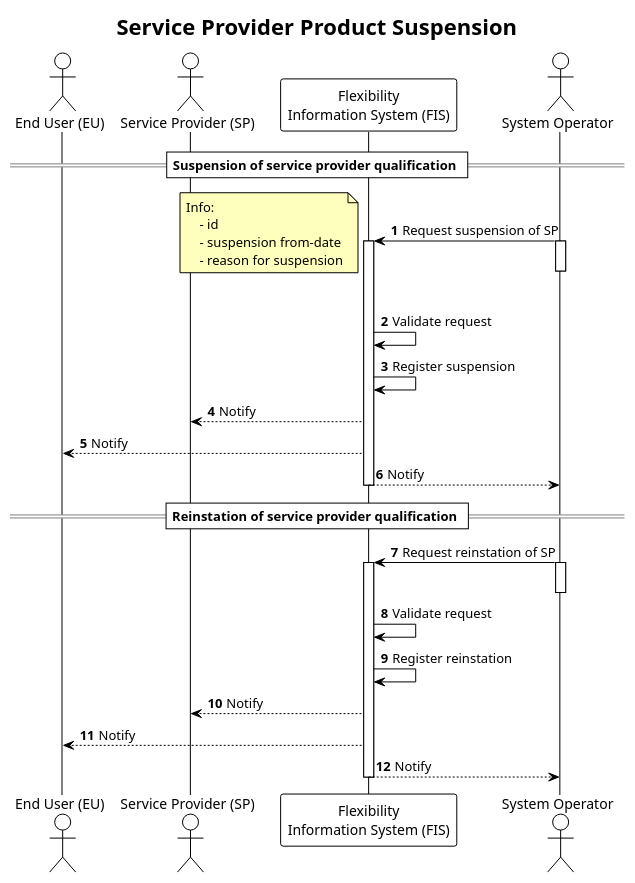
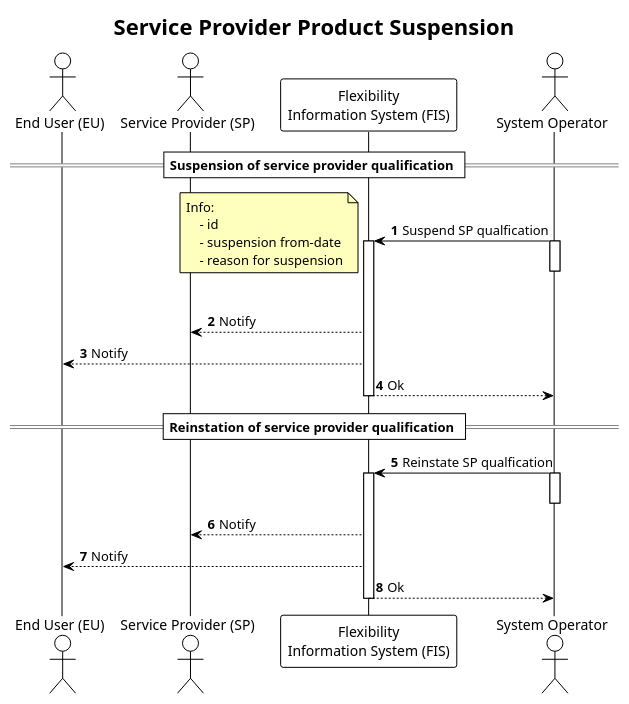
The diagram in docs/diagrams/service_provider_product_suspension.plantuml (elhub/flex-information-system), drawn with PlantUML before and after one commit.

```diff
--- a/docs/diagrams/service_provider_product_suspension.plantuml
+++ b/docs/diagrams/service_provider_product_suspension.plantuml
@@ -1,61 +1,57 @@
 @startuml service_provider_product_suspension
 
 !theme plain
 
 title Service Provider Product Suspension
 
 autonumber
 skinparam note {
     BackgroundColor #FFFFBD
 }
 
 actor "End User (EU)" as EU
 actor "Service Provider (SP)" as SP
 participant "Flexibility\nInformation System (FIS)" as FIS
 actor "System Operator" as SO
 
 == Suspension of service provider qualification ==
 
 
-SO -> FIS: Request suspension of SP
+SO -> FIS: Suspend SP qualfication
 activate SO
 deactivate SO 
 
 note left
     Info: 
         - id
         - suspension from-date
         - reason for suspension
 end note
 
 activate FIS
-FIS -> FIS: Validate request
-FIS -> FIS: Register suspension
 
 FIS --> SP: Notify 
 FIS --> EU: Notify
-FIS --> SO: Notify
+FIS --> SO: Ok
 deactivate FIS
 
 == Reinstation of service provider qualification ==
-SO -> FIS: Request reinstation of SP
+SO -> FIS: Reinstate SP qualfication
 activate SO
 deactivate SO
 
 activate FIS
-FIS -> FIS: Validate request
-FIS -> FIS: Register reinstation
 
 FIS --> SP: Notify 
 FIS --> EU: Notify
-FIS --> SO: Notify
+FIS --> SO: Ok
 deactivate FIS
 
 
 
 
 
 
 
 
 @enduml
```
